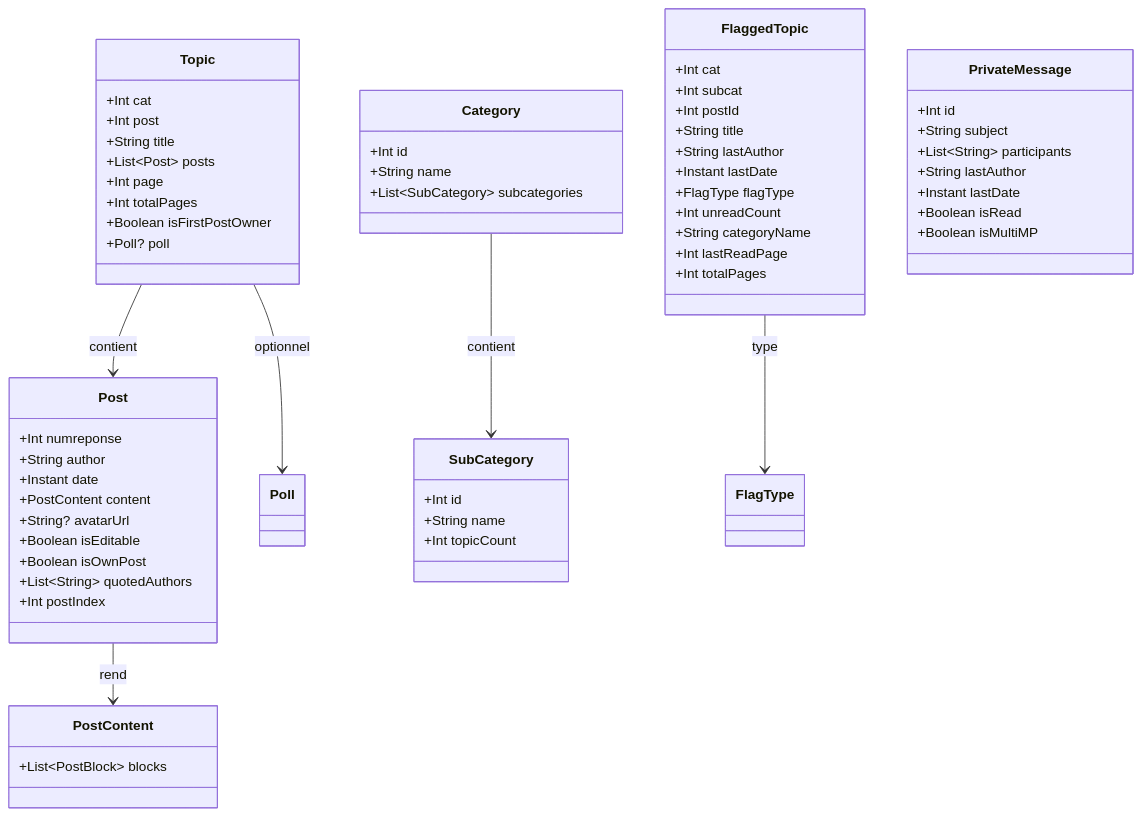
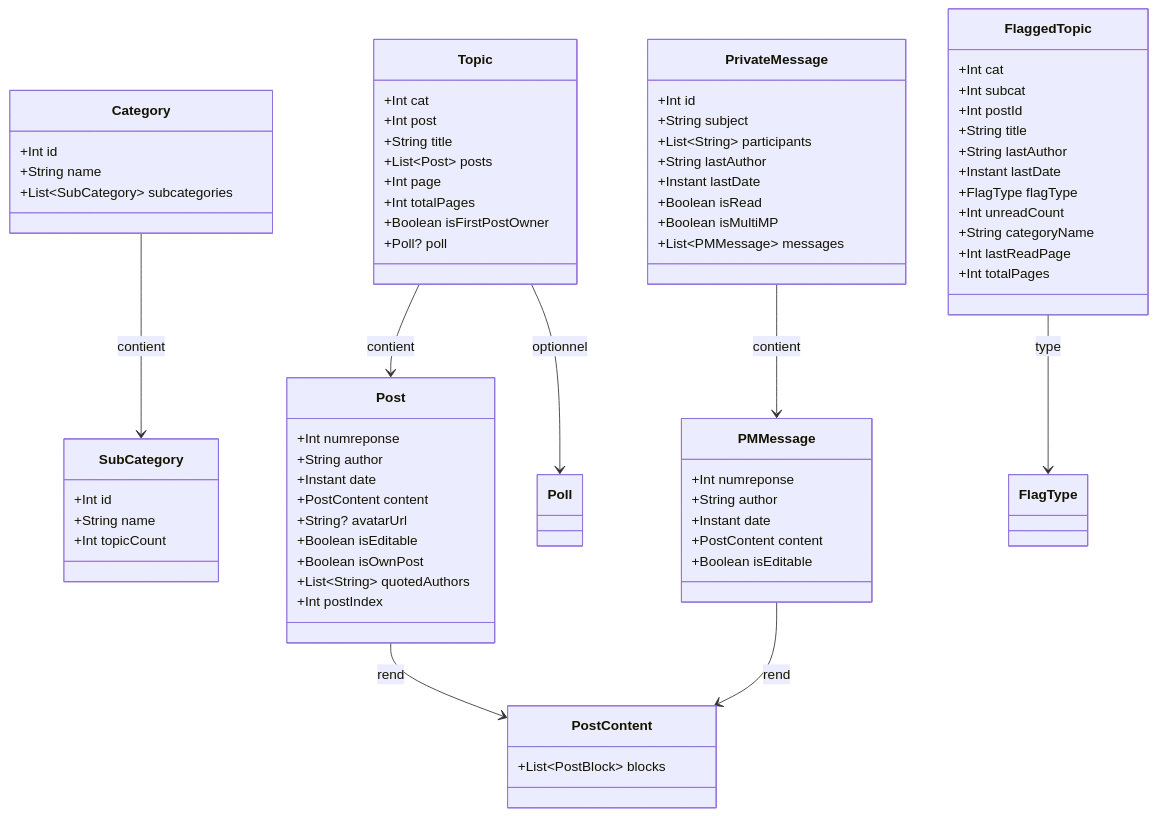
Before and after one commit to ForumHFR/redface2: the diagram in docs/specs/models.md, drawn with Mermaid. The commit also changed other lines of this file and 8 other files, not shown here.

First line of the commit message:
docs: address PostContent ADR review

````diff
--- a/docs/specs/models.md
+++ b/docs/specs/models.md
@@ -31,71 +31,82 @@
 ```mermaid
 classDiagram
     class FlaggedTopic {
         +Int cat
         +Int subcat
         +Int postId
         +String title
         +String lastAuthor
         +Instant lastDate
         +FlagType flagType
         +Int unreadCount
         +String categoryName
         +Int lastReadPage
         +Int totalPages
     }
 
     class Topic {
         +Int cat
         +Int post
         +String title
         +List~Post~ posts
         +Int page
         +Int totalPages
         +Boolean isFirstPostOwner
         +Poll? poll
     }
 
     class Post {
         +Int numreponse
         +String author
         +Instant date
         +PostContent content
         +String? avatarUrl
         +Boolean isEditable
         +Boolean isOwnPost
         +List~String~ quotedAuthors
         +Int postIndex
     }
 
     class PostContent {
         +List~PostBlock~ blocks
     }
 
     class Category {
         +Int id
         +String name
         +List~SubCategory~ subcategories
     }
 
     class SubCategory {
         +Int id
         +String name
         +Int topicCount
     }
 
     class PrivateMessage {
         +Int id
         +String subject
         +List~String~ participants
         +String lastAuthor
         +Instant lastDate
         +Boolean isRead
         +Boolean isMultiMP
+        +List~PMMessage~ messages
+    }
+
+    class PMMessage {
+        +Int numreponse
+        +String author
+        +Instant date
+        +PostContent content
+        +Boolean isEditable
     }
 
     Topic --> Post : contient
     Post --> PostContent : rend
+    PrivateMessage --> PMMessage : contient
+    PMMessage --> PostContent : rend
     Topic --> Poll : optionnel
     Category --> SubCategory : contient
     FlaggedTopic --> FlagType : type
 ```
````
